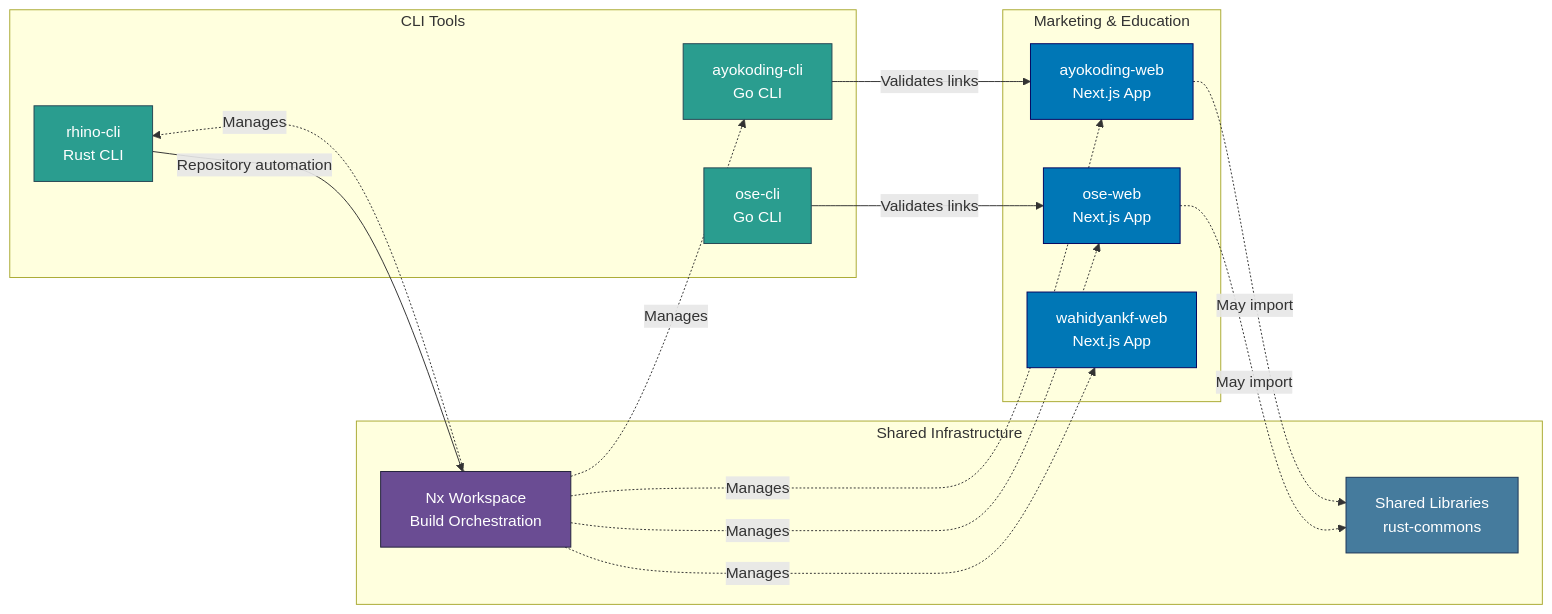
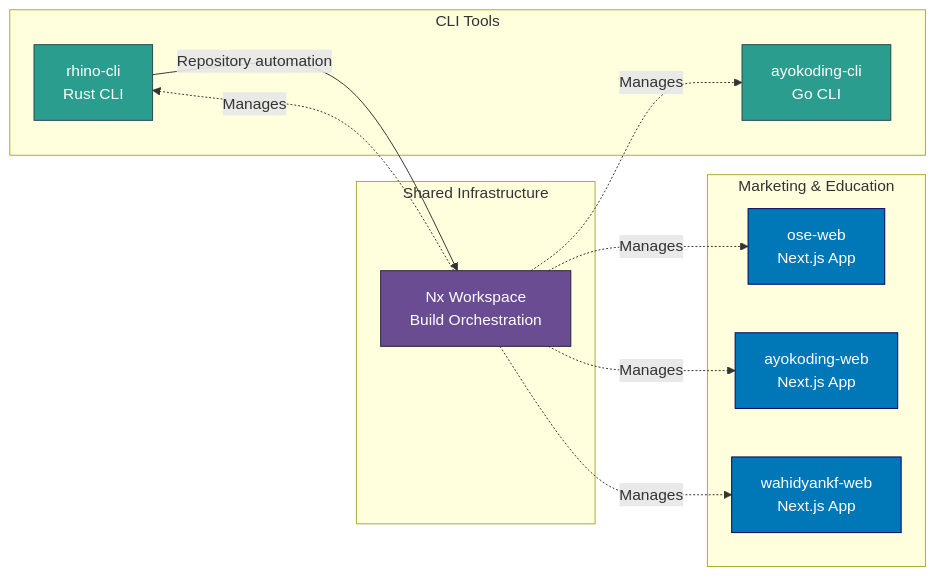
The second of 3 diagrams in docs/reference/system-architecture/applications.md (wahidyankf/baseerah), drawn with Mermaid before and after one commit. The commit also changed other lines of this file and 24 other files, not shown here.

First line of the commit message:
docs: restructure wide mermaid diagrams to pass repo-wide gate

````diff
--- a/docs/reference/system-architecture/applications.md
+++ b/docs/reference/system-architecture/applications.md
@@ -190,39 +222,31 @@
 ```mermaid
 graph LR
+    subgraph "CLI Tools"
+        RHINO[rhino-cli<br/>Rust CLI]
+        AYOCLI[ayokoding-cli<br/>Go CLI]
+    end
+
     subgraph "Marketing & Education"
         OSE[ose-web<br/>Next.js App]
         AYO[ayokoding-web<br/>Next.js App]
         WKF[wahidyankf-web<br/>Next.js App]
     end
 
-    subgraph "CLI Tools"
-        AYOCLI[ayokoding-cli<br/>Go CLI]
-        RHINO[rhino-cli<br/>Rust CLI]
-        OSECLI[ose-cli<br/>Go CLI]
+    subgraph "Shared Infrastructure"
+        NX[Nx Workspace<br/>Build Orchestration]
     end
 
-    subgraph "Shared Infrastructure"
-        NX[Nx Workspace<br/>Build Orchestration]
-        LIBS[Shared Libraries<br/>rust-commons]
-    end
-
-    AYOCLI -->|Validates links| AYO
     RHINO -->|Repository automation| NX
-    OSECLI -->|Validates links| OSE
     NX -.->|Manages| OSE
     NX -.->|Manages| AYO
     NX -.->|Manages| WKF
     NX -.->|Manages| AYOCLI
     NX -.->|Manages| RHINO
-    OSE -.->|May import| LIBS
-    AYO -.->|May import| LIBS
 
     style OSE fill:#0077b6,stroke:#03045e,color:#ffffff
     style AYO fill:#0077b6,stroke:#03045e,color:#ffffff
     style WKF fill:#0077b6,stroke:#03045e,color:#ffffff
     style AYOCLI fill:#2a9d8f,stroke:#264653,color:#ffffff
     style RHINO fill:#2a9d8f,stroke:#264653,color:#ffffff
-    style OSECLI fill:#2a9d8f,stroke:#264653,color:#ffffff
     style NX fill:#6a4c93,stroke:#22223b,color:#ffffff
-    style LIBS fill:#457b9d,stroke:#1d3557,color:#ffffff
 ```
````
